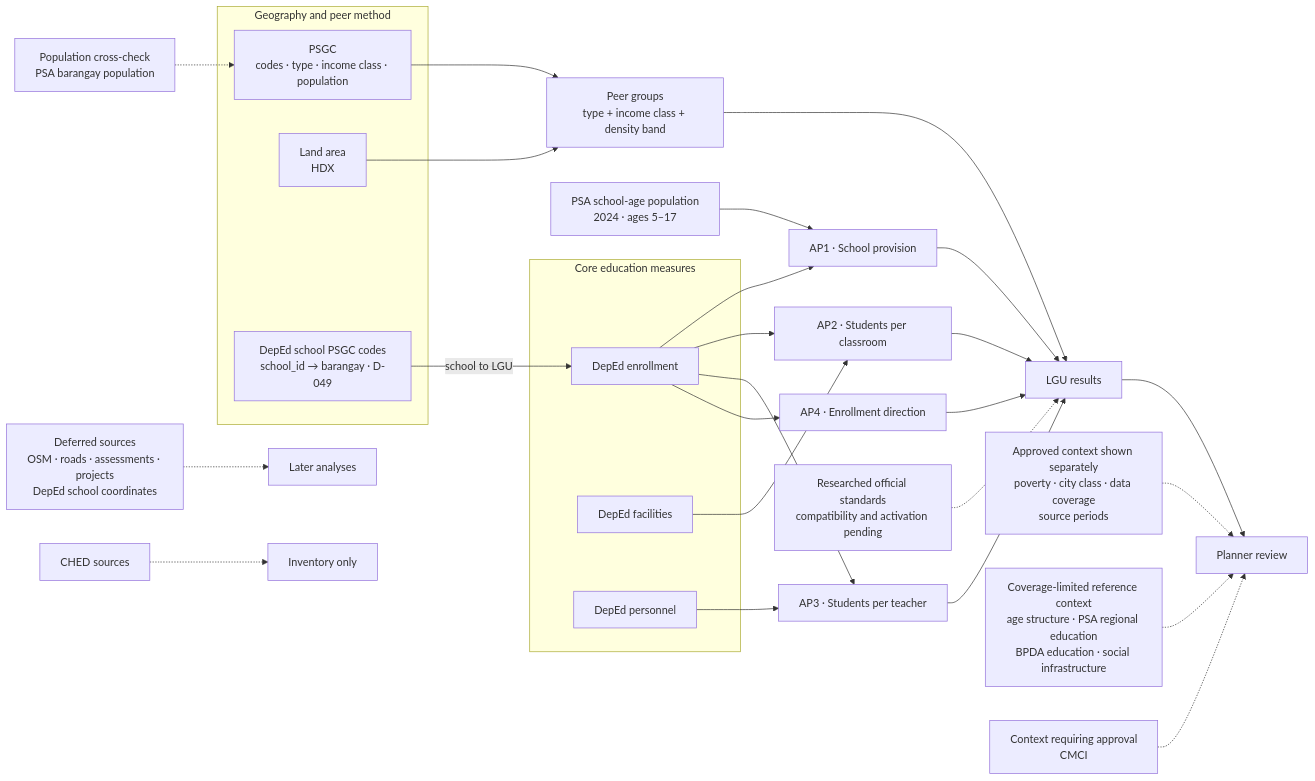
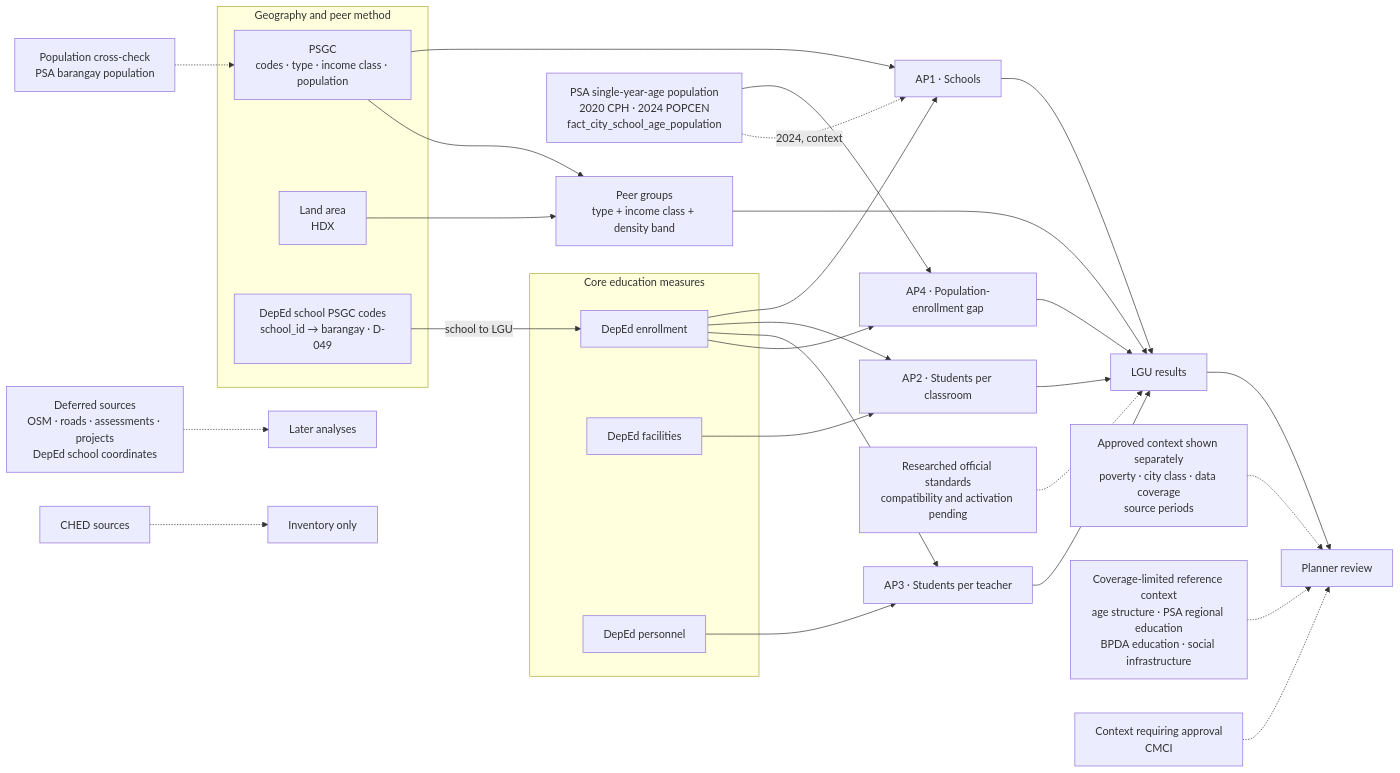
One commit to hyenalouise/edu-access-sandbox changed the diagram in docs/business/dataset-use-map.md. Above: the diagram before and after it, drawn with Mermaid. The commit also changed other lines of this file and 19 other files, not shown here.

````diff
--- a/docs/business/dataset-use-map.md
+++ b/docs/business/dataset-use-map.md
@@ -21,40 +21,42 @@
 ```mermaid
 flowchart LR
     subgraph CORE["Core education measures"]
         ENR["DepEd enrollment"]
         FAC["DepEd facilities"]
         PER["DepEd personnel"]
     end
 
     subgraph METHOD["Geography and peer method"]
     PSGC["PSGC<br/>codes · type · income class · population"]
     AREA["Land area<br/>HDX"]
     XWALK["DepEd school PSGC codes<br/>school_id → barangay · D-049"]
     end
 
     XWALK -->|"school to LGU"| ENR
-    ENR --> AP1["AP1 · School provision"]
-    AGE["PSA school-age population<br/>2024 · ages 5–17"] --> AP1
+    ENR --> AP1["AP1 · Schools"]
+    PSGC --> AP1
     ENR --> AP2["AP2 · Students per classroom"]
     FAC --> AP2
     ENR --> AP3["AP3 · Students per teacher"]
     PER --> AP3
-    ENR --> AP4["AP4 · Enrollment direction"]
+    ENR --> AP4["AP4 · Population-enrollment gap"]
+    AGE["PSA single-year-age population<br/>2020 CPH · 2024 POPCEN<br/>fact_city_school_age_population"] --> AP4
+    AGE -.->|2024, context| AP1
 
     PSGC --> PEERS["Peer groups<br/>type + income class + density band"]
     AREA --> PEERS
     AP1 --> RESULT["LGU results"]
     AP2 --> RESULT
     AP3 --> RESULT
     AP4 --> RESULT
     PEERS --> RESULT
     STANDARD["Researched official standards<br/>compatibility and activation pending"] -.-> RESULT
 
     CONTEXT["Approved context shown separately<br/>poverty · city class · data coverage<br/>source periods"] -.-> DASH["Planner review"]
     LIMITED["Coverage-limited reference context<br/>age structure · PSA regional education<br/>BPDA education · social infrastructure"] -.-> DASH
     CANDIDATE["Context requiring approval<br/>CMCI"] -.-> DASH
     POPCHECK["Population cross-check<br/>PSA barangay population"] -.-> PSGC
     RESULT --> DASH
     DEFER["Deferred sources<br/>OSM · roads · assessments · projects<br/>DepEd school coordinates"] -.-> LATER["Later analyses"]
     EXCLUDED["CHED sources"] -.-> RECORD["Inventory only"]
 ```
````
